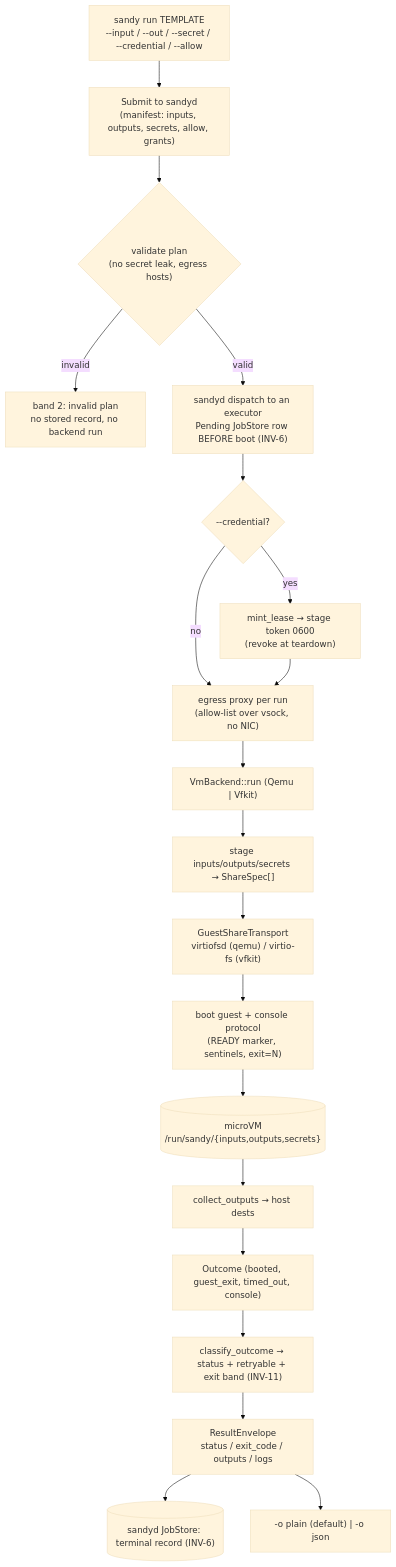
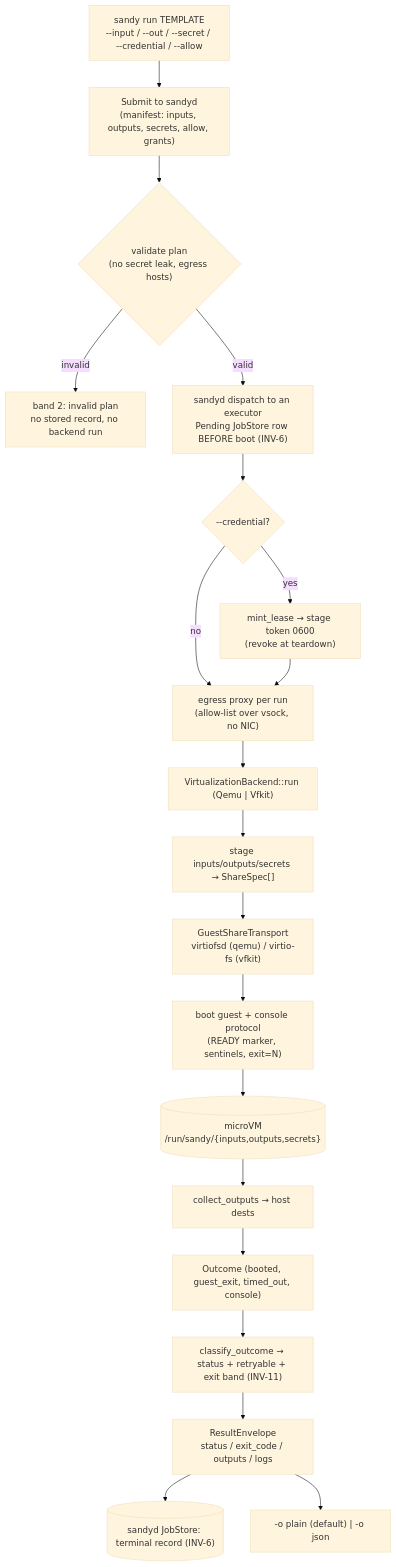
The first of 3 diagrams in docs/architecture/overview.md (kauki-labs/sandy), drawn with Mermaid (base theme) before and after one commit. The commit also changed other lines of this file and 47 other files, not shown here.

First line of the commit message:
refactor(api): rename VmBackend to VirtualizationBackend (#869)

````diff
--- a/docs/architecture/overview.md
+++ b/docs/architecture/overview.md
@@ -27,23 +27,23 @@
 ```mermaid
 flowchart TD
   cli["sandy run TEMPLATE<br/>--input / --out / --secret / --credential / --allow"]
   cli --> plan["Submit to sandyd<br/>(manifest: inputs, outputs, secrets, allow, grants)"]
   plan --> validate{"validate plan<br/>(no secret leak, egress hosts)"}
   validate -- invalid --> band2["band 2: invalid plan<br/>no stored record, no backend run"]
   validate -- valid --> sup["sandyd dispatch to an executor<br/>Pending JobStore row BEFORE boot (INV-6)"]
   sup --> cred{"--credential?"}
   cred -- yes --> mint["mint_lease → stage token 0600<br/>(revoke at teardown)"]
   cred -- no --> egress
   mint --> egress["egress proxy per run<br/>(allow-list over vsock, no NIC)"]
-  egress --> run["VmBackend::run (Qemu | Vfkit)"]
+  egress --> run["VirtualizationBackend::run (Qemu | Vfkit)"]
   run --> stage["stage inputs/outputs/secrets → ShareSpec[]"]
   stage --> xport["GuestShareTransport<br/>virtiofsd (qemu) / virtio-fs (vfkit)"]
   xport --> boot["boot guest + console protocol<br/>(READY marker, sentinels, exit=N)"]
   boot --> guest[("microVM<br/>/run/sandy/{inputs,outputs,secrets}")]
   guest --> collect["collect_outputs → host dests"]
   collect --> outcome["Outcome (booted, guest_exit, timed_out, console)"]
   outcome --> classify["classify_outcome → status + retryable + exit band (INV-11)"]
   classify --> env["ResultEnvelope<br/>status / exit_code / outputs / logs"]
   env --> store[("sandyd JobStore: terminal record (INV-6)")]
   env --> render["-o plain (default) | -o json"]
 ```
````
